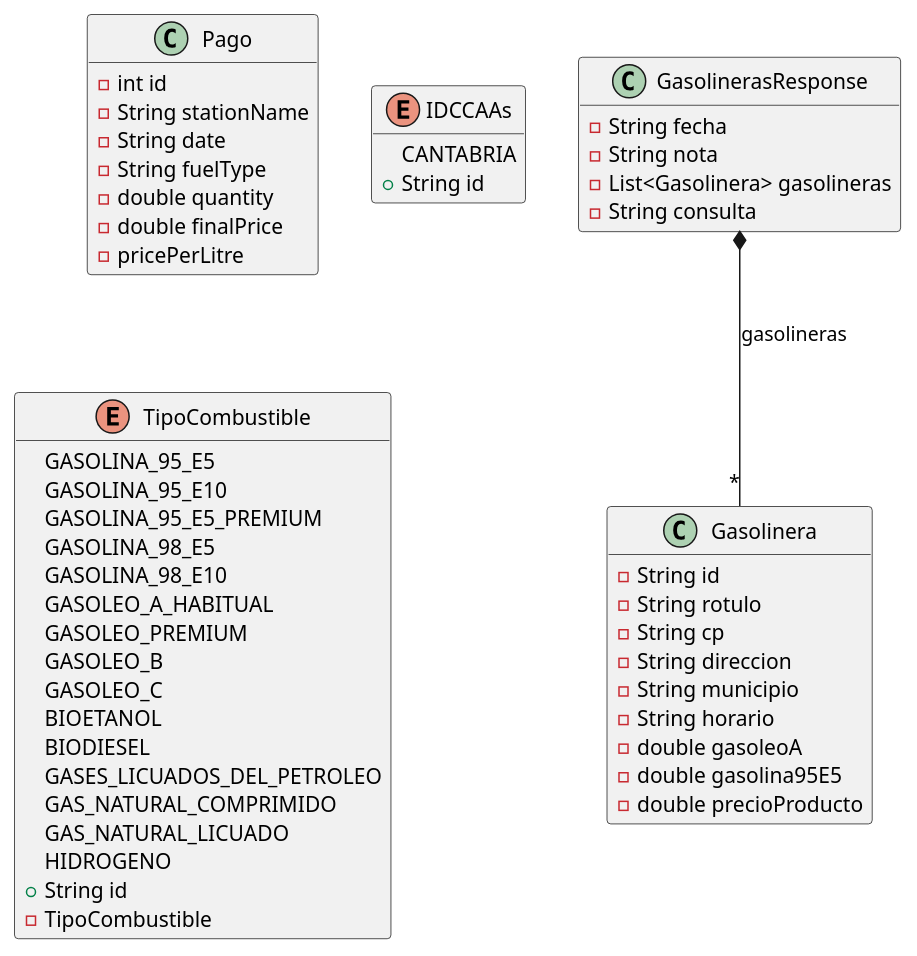
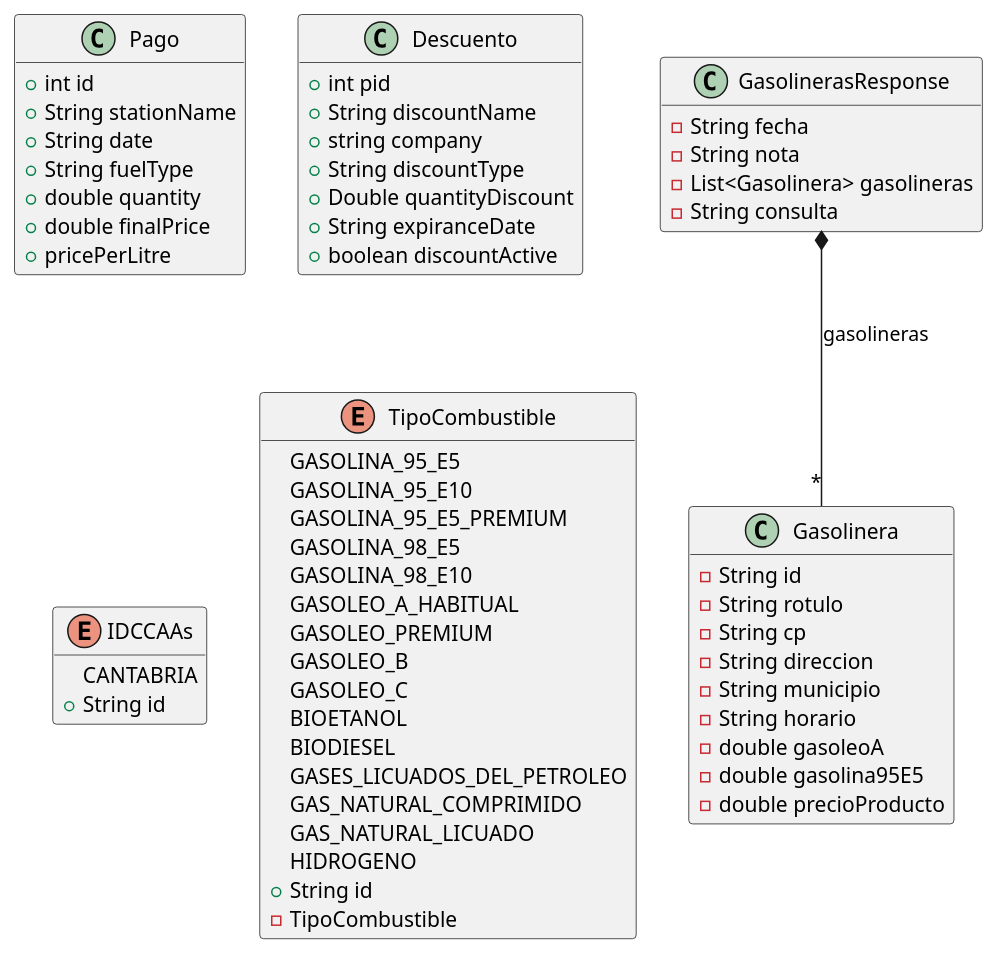
One commit to isunican/App-Gasolineras-Grupo4 changed the diagram in Docs/Models/domain.puml. Above: the diagram before and after it, drawn with PlantUML.

Commit message:
Modelo de dominio actualizado

```diff
--- a/Docs/Models/domain.puml
+++ b/Docs/Models/domain.puml
@@ -1,60 +1,70 @@
 @startuml
 hide empty members
 
 class Gasolinera {
     - String id
     - String rotulo
     - String cp
     - String direccion
     - String municipio
     - String horario
     - double gasoleoA
     - double gasolina95E5
     - double precioProducto
 }
 
 class GasolinerasResponse {
     - String fecha
     - String nota
     - List<Gasolinera> gasolineras
     - String consulta
 }
 
 class Pago {
-    - int id
-    - String stationName
-    - String date
-    - String fuelType
-    - double quantity
-    - double finalPrice
-    - pricePerLitre 
+    + int id
+    + String stationName
+    + String date
+    + String fuelType
+    + double quantity
+    + double finalPrice
+    + pricePerLitre 
+}
+
+class Descuento {
+    + int pid
+    + String discountName
+    + string company
+    + String discountType
+    + Double quantityDiscount
+    + String expiranceDate
+    + boolean discountActive
 }
 
 enum IDCCAAs {
     CANTABRIA
     + String id
 }
 
 enum TipoCombustible {
      GASOLINA_95_E5
      GASOLINA_95_E10
      GASOLINA_95_E5_PREMIUM
      GASOLINA_98_E5
      GASOLINA_98_E10
      GASOLEO_A_HABITUAL
      GASOLEO_PREMIUM
      GASOLEO_B
      GASOLEO_C
      BIOETANOL
      BIODIESEL
      GASES_LICUADOS_DEL_PETROLEO
      GAS_NATURAL_COMPRIMIDO
      GAS_NATURAL_LICUADO
      HIDROGENO
     + String id
     - TipoCombustible
 }
 
 
 GasolinerasResponse *-- "*" Gasolinera : gasolineras
 @enduml
```
